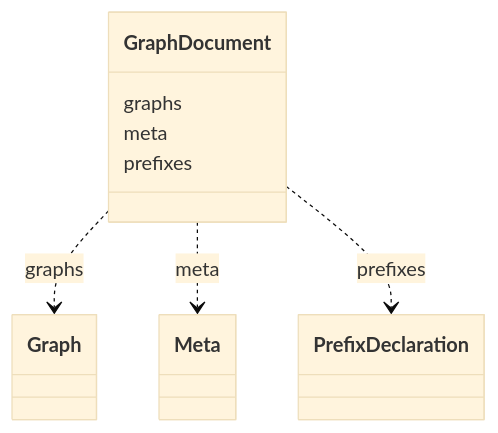
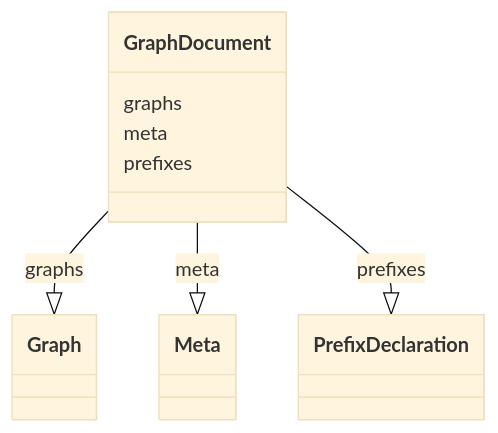
One commit to INCATools/ontology-access-kit changed the diagram in obograph/GraphDocument.md. Above: the diagram before and after it, drawn with Mermaid (base theme). The commit also changed other lines of this file and 3011 other files, not shown here.

````diff
--- a/obograph/GraphDocument.md
+++ b/obograph/GraphDocument.md
@@ -11,17 +14,17 @@
 ```{mermaid}
  classDiagram
     class GraphDocument
       GraphDocument : graphs
         
-          GraphDocument ..> Graph : graphs
+          GraphDocument --|> Graph : graphs
         
       GraphDocument : meta
         
-          GraphDocument ..> Meta : meta
+          GraphDocument --|> Meta : meta
         
       GraphDocument : prefixes
         
-          GraphDocument ..> PrefixDeclaration : prefixes
+          GraphDocument --|> PrefixDeclaration : prefixes
         
       
 ```
````
